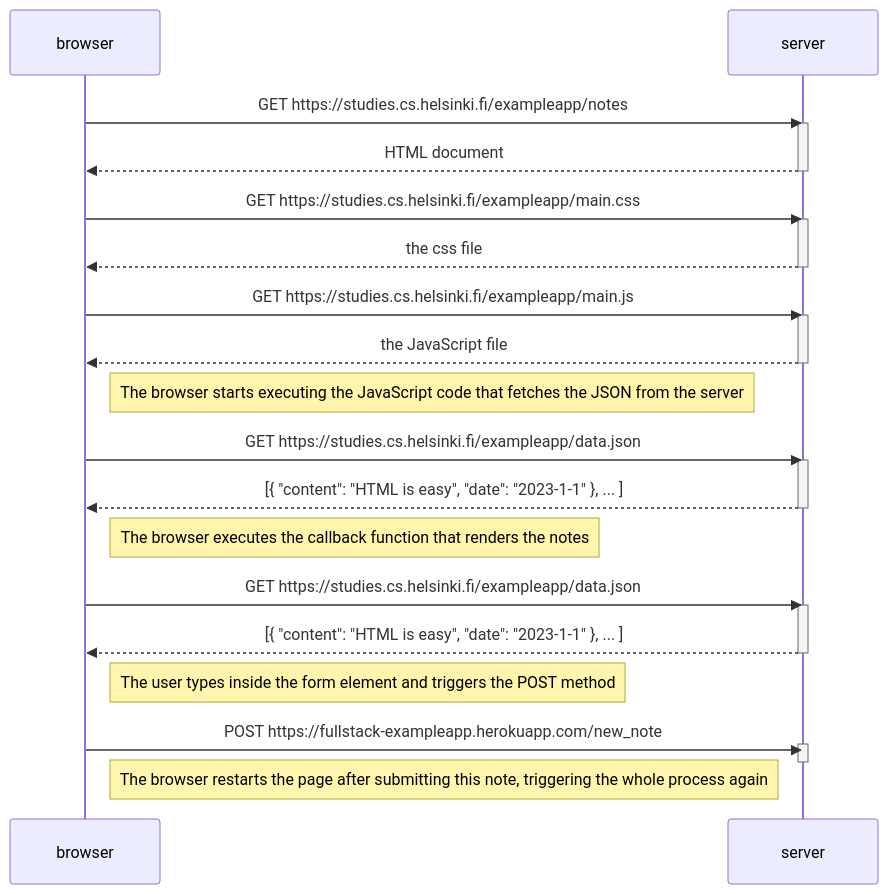
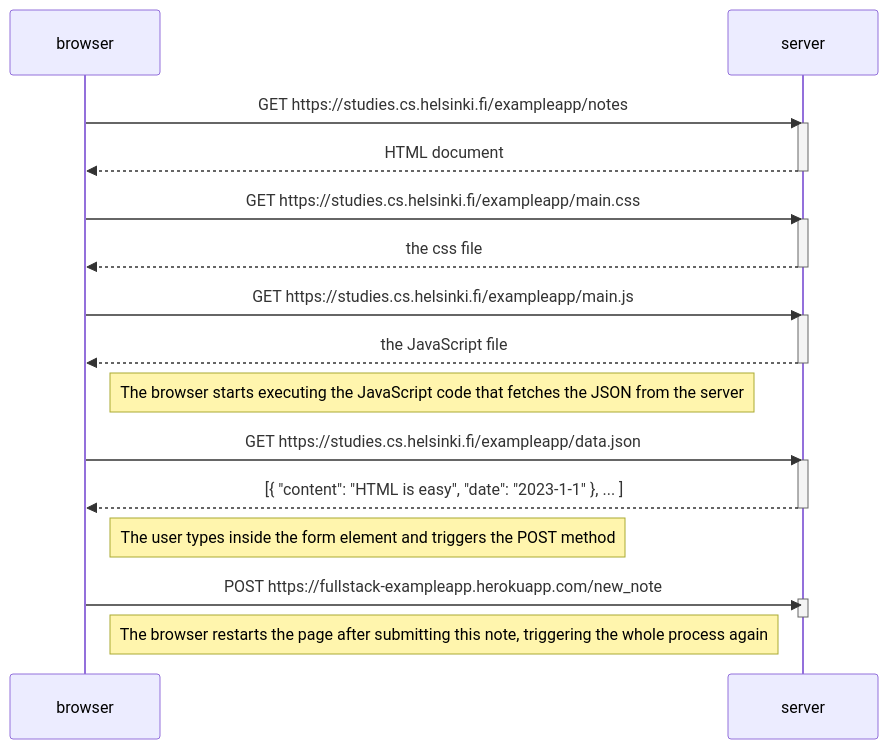
The diagram in p0e4.mermaid (AndresAbb/fso), drawn with Mermaid before and after one commit.

```diff
--- a/p0e4.mermaid
+++ b/p0e4.mermaid
@@ -1,42 +1,35 @@
 sequenceDiagram
     participant browser
     participant server
     
 
     browser->>server: GET https://studies.cs.helsinki.fi/exampleapp/notes
     activate server
     server-->>browser: HTML document
     deactivate server
 
     browser->>server: GET https://studies.cs.helsinki.fi/exampleapp/main.css
     activate server
     server-->>browser: the css file
     deactivate server
 
     browser->>server: GET https://studies.cs.helsinki.fi/exampleapp/main.js
     activate server
     server-->>browser: the JavaScript file
     deactivate server
 
     Note right of browser: The browser starts executing the JavaScript code that fetches the JSON from the server
 
     browser->>server: GET https://studies.cs.helsinki.fi/exampleapp/data.json
     activate server
     server-->>browser: [{ "content": "HTML is easy", "date": "2023-1-1" }, ... ]
     deactivate server
 
-    Note right of browser: The browser executes the callback function that renders the notes
-
-    browser->>server: GET https://studies.cs.helsinki.fi/exampleapp/data.json
-    activate server
-    server-->>browser: [{ "content": "HTML is easy", "date": "2023-1-1" }, ... ]
-    deactivate server
-
     Note right of browser: The user types inside the form element and triggers the POST method
 
     browser->>server: POST https://fullstack-exampleapp.herokuapp.com/new_note
     activate server
 
     deactivate server
 
     Note right of browser: The browser restarts the page after submitting this note, triggering the whole process again
```
